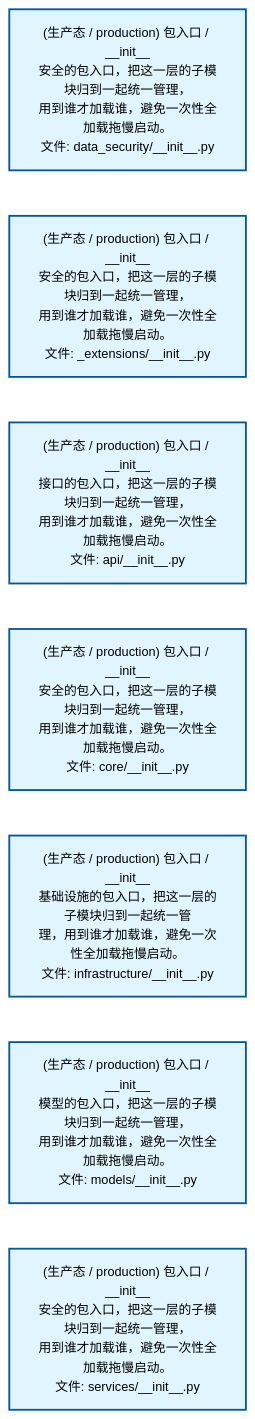
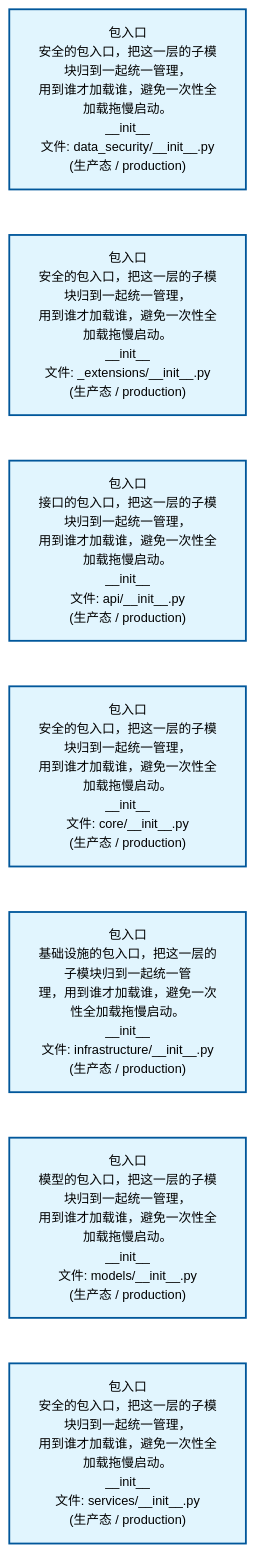
The second of 2 diagrams in docs/02_enterprise_architecture/02_domain_architecture_docs/14_d_data_sec.md (xuanFelixVan/ZephyrAlpha), drawn with Mermaid before and after one commit. The commit also changed other lines of this file and 62 other files, not shown here.

````diff
--- a/docs/02_enterprise_architecture/02_domain_architecture_docs/14_d_data_sec.md
+++ b/docs/02_enterprise_architecture/02_domain_architecture_docs/14_d_data_sec.md
@@ -80,22 +80,22 @@
 ```mermaid
 %%{init: {'theme': 'base', 'themeVariables': {'primaryColor': '#eaeaea', 'primaryTextColor': '#333333', 'primaryBorderColor': '#666666', 'lineColor': '#666666', 'secondaryColor': '#eaeaea', 'tertiaryColor': '#eaeaea', 'fontSize': '14px'}}}%%
 flowchart TD
-    src_zephyr_data_security_init_py["(生产态 / production) 包入口 / __init__<br/>安全的包入口，把这一层的子模块归到一起统一管理，<br/>用到谁才加载谁，避免一次性全加载拖慢启动。<br/>文件: data_security/__init__.py"]
-    src_zephyr_data_security_extensions_init_py["(生产态 / production) 包入口 / __init__<br/>安全的包入口，把这一层的子模块归到一起统一管理，<br/>用到谁才加载谁，避免一次性全加载拖慢启动。<br/>文件: _extensions/__init__.py"]
-    src_zephyr_data_security_api_init_py["(生产态 / production) 包入口 / __init__<br/>接口的包入口，把这一层的子模块归到一起统一管理，<br/>用到谁才加载谁，避免一次性全加载拖慢启动。<br/>文件: api/__init__.py"]
-    src_zephyr_data_security_core_init_py["(生产态 / production) 包入口 / __init__<br/>安全的包入口，把这一层的子模块归到一起统一管理，<br/>用到谁才加载谁，避免一次性全加载拖慢启动。<br/>文件: core/__init__.py"]
-    src_zephyr_data_security_infrastructure_init_py["(生产态 / production) 包入口 / __init__<br/>基础设施的包入口，把这一层的子模块归到一起统一管<br/>理，用到谁才加载谁，避免一次性全加载拖慢启动。<br/>文件: infrastructure/__init__.py"]
-    src_zephyr_data_security_models_init_py["(生产态 / production) 包入口 / __init__<br/>模型的包入口，把这一层的子模块归到一起统一管理，<br/>用到谁才加载谁，避免一次性全加载拖慢启动。<br/>文件: models/__init__.py"]
-    src_zephyr_data_security_services_init_py["(生产态 / production) 包入口 / __init__<br/>安全的包入口，把这一层的子模块归到一起统一管理，<br/>用到谁才加载谁，避免一次性全加载拖慢启动。<br/>文件: services/__init__.py"]
+    src_zephyr_data_security_init_py["包入口<br/>安全的包入口，把这一层的子模块归到一起统一管理，<br/>用到谁才加载谁，避免一次性全加载拖慢启动。<br/>__init__<br/>文件: data_security/__init__.py<br/>(生产态 / production)"]
+    src_zephyr_data_security_extensions_init_py["包入口<br/>安全的包入口，把这一层的子模块归到一起统一管理，<br/>用到谁才加载谁，避免一次性全加载拖慢启动。<br/>__init__<br/>文件: _extensions/__init__.py<br/>(生产态 / production)"]
+    src_zephyr_data_security_api_init_py["包入口<br/>接口的包入口，把这一层的子模块归到一起统一管理，<br/>用到谁才加载谁，避免一次性全加载拖慢启动。<br/>__init__<br/>文件: api/__init__.py<br/>(生产态 / production)"]
+    src_zephyr_data_security_core_init_py["包入口<br/>安全的包入口，把这一层的子模块归到一起统一管理，<br/>用到谁才加载谁，避免一次性全加载拖慢启动。<br/>__init__<br/>文件: core/__init__.py<br/>(生产态 / production)"]
+    src_zephyr_data_security_infrastructure_init_py["包入口<br/>基础设施的包入口，把这一层的子模块归到一起统一管<br/>理，用到谁才加载谁，避免一次性全加载拖慢启动。<br/>__init__<br/>文件: infrastructure/__init__.py<br/>(生产态 / production)"]
+    src_zephyr_data_security_models_init_py["包入口<br/>模型的包入口，把这一层的子模块归到一起统一管理，<br/>用到谁才加载谁，避免一次性全加载拖慢启动。<br/>__init__<br/>文件: models/__init__.py<br/>(生产态 / production)"]
+    src_zephyr_data_security_services_init_py["包入口<br/>安全的包入口，把这一层的子模块归到一起统一管理，<br/>用到谁才加载谁，避免一次性全加载拖慢启动。<br/>__init__<br/>文件: services/__init__.py<br/>(生产态 / production)"]
     src_zephyr_data_security_init_py ~~~ src_zephyr_data_security_extensions_init_py
     src_zephyr_data_security_extensions_init_py ~~~ src_zephyr_data_security_api_init_py
     src_zephyr_data_security_api_init_py ~~~ src_zephyr_data_security_core_init_py
     src_zephyr_data_security_core_init_py ~~~ src_zephyr_data_security_infrastructure_init_py
     src_zephyr_data_security_infrastructure_init_py ~~~ src_zephyr_data_security_models_init_py
     src_zephyr_data_security_models_init_py ~~~ src_zephyr_data_security_services_init_py
     classDef production fill:#e1f5fe,stroke:#01579b,stroke-width:2px,color:#000
     classDef design fill:#fff3e0,stroke:#e65100,stroke-width:2px,color:#000,stroke-dasharray: 5 5
     classDef external_prod fill:#e8f4fd,stroke:#0277bd,stroke-width:1px,color:#000
     classDef external_design fill:#fff8e7,stroke:#ef6c00,stroke-width:1px,color:#000,stroke-dasharray: 5 5
     class src_zephyr_data_security_init_py,src_zephyr_data_security_extensions_init_py,src_zephyr_data_security_api_init_py,src_zephyr_data_security_core_init_py,src_zephyr_data_security_infrastructure_init_py,src_zephyr_data_security_models_init_py,src_zephyr_data_security_services_init_py production
 ```
````
